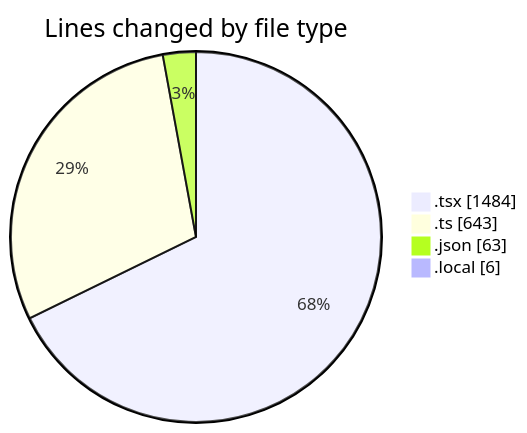
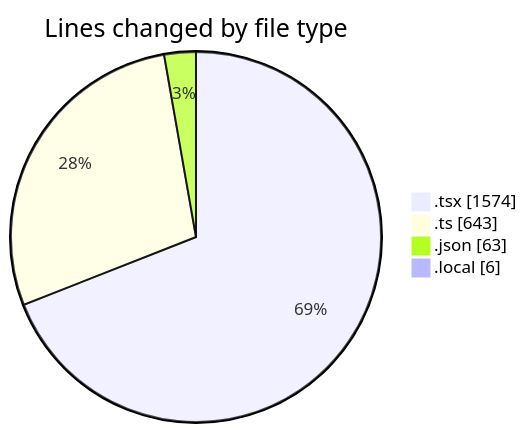
Before and after one commit to julien-gomy/code-tracking: the first of 2 diagrams in 2025-10-21/eventscop-frontend-guide__workspace_/README.md, drawn with Mermaid. The commit also changed other lines of this file and 1 other file, not shown here.

````diff
--- a/2025-10-21/eventscop-frontend-guide__workspace_/README.md
+++ b/2025-10-21/eventscop-frontend-guide__workspace_/README.md
@@ -44,8 +45,8 @@
 ```mermaid
 pie showData
 title Lines changed by file type
-".tsx" : 1484
+".tsx" : 1574
 ".ts" : 643
 ".json" : 63
 ".local" : 6
 ```
````
